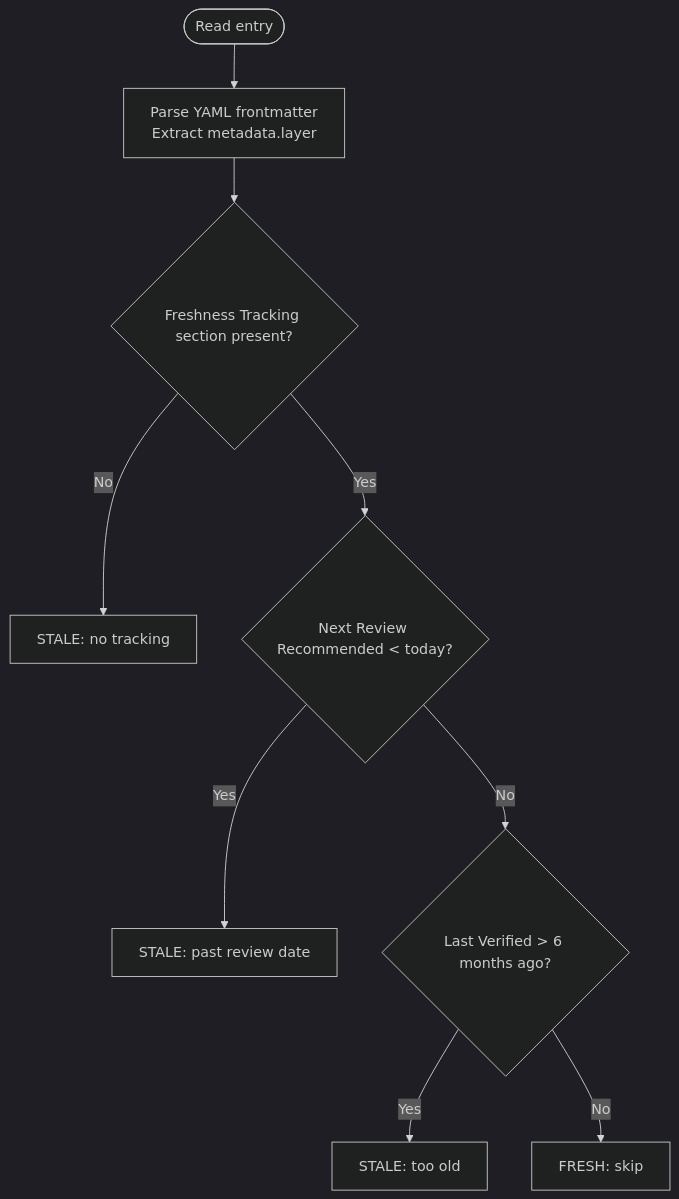
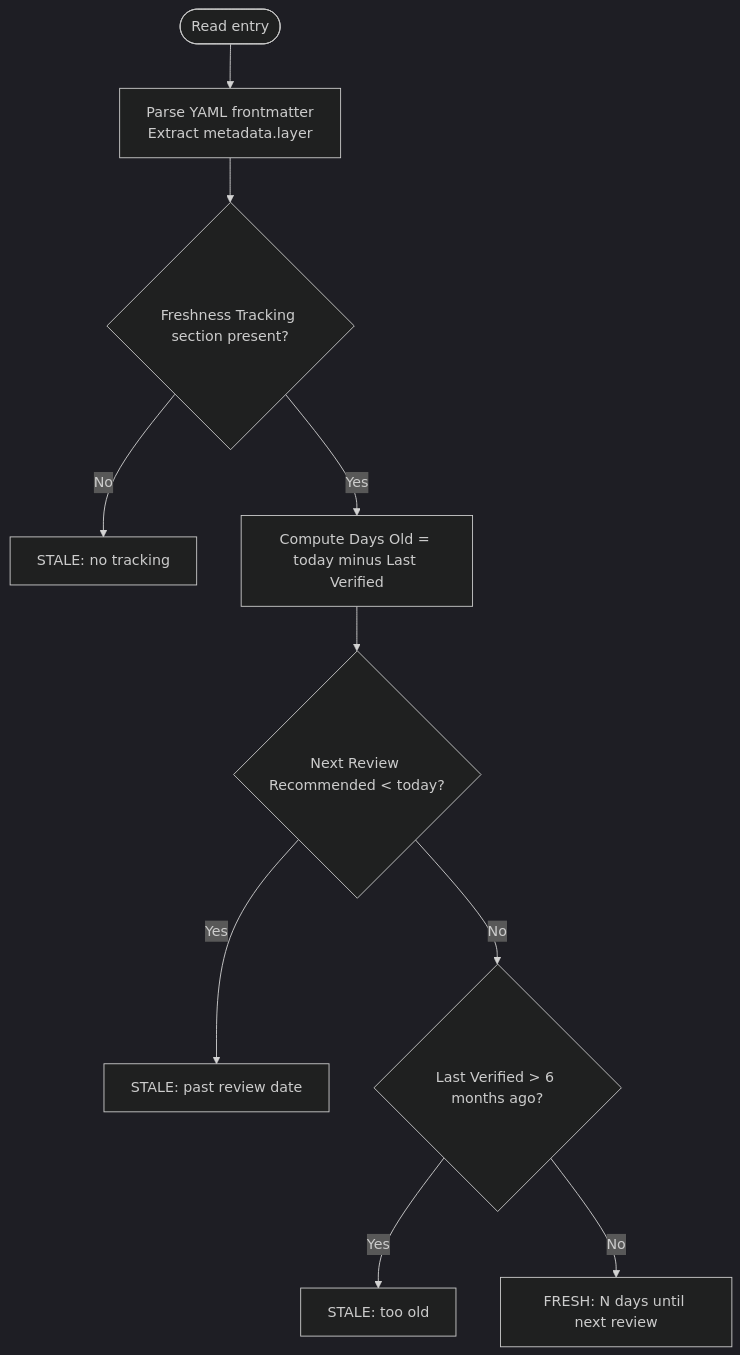
One commit to chgreer1070/claude_skills changed the diagram in .claude/skills/refresh-research/SKILL.md. Above: the diagram before and after it, drawn with Mermaid (dark theme). The commit also changed other lines of this file and 2 other files, not shown here.

First line of the commit message:
feat(research): convert freshness dates from stop conditions to delta indicators (#444)

````diff
--- a/.claude/skills/refresh-research/SKILL.md
+++ b/.claude/skills/refresh-research/SKILL.md
@@ -30,11 +30,12 @@
 ```mermaid
 flowchart TD
     Start([Read entry]) --> ParseFM[Parse YAML frontmatter<br>Extract metadata.layer]
     ParseFM --> HasFreshness{Freshness Tracking section present?}
     HasFreshness -->|No| Stale1[STALE: no tracking]
-    HasFreshness -->|Yes| PastDue{Next Review Recommended < today?}
+    HasFreshness -->|Yes| ComputeDays[Compute Days Old = today minus Last Verified]
+    ComputeDays --> PastDue{Next Review Recommended < today?}
     PastDue -->|Yes| Stale2[STALE: past review date]
     PastDue -->|No| TooOld{Last Verified > 6 months ago?}
     TooOld -->|Yes| Stale3[STALE: too old]
-    TooOld -->|No| Fresh[FRESH: skip]
+    TooOld -->|No| Fresh[FRESH: N days until next review]
 ```
````
